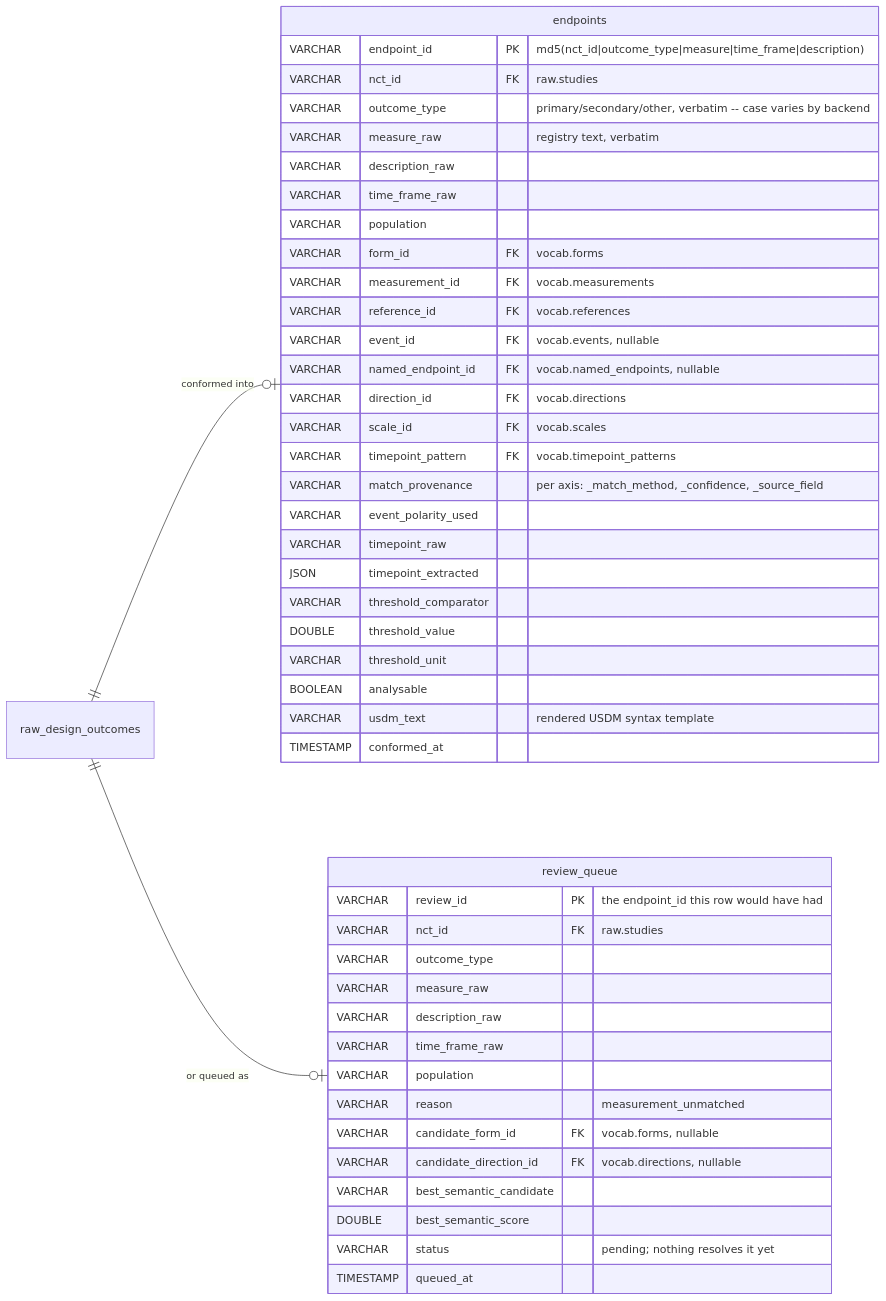
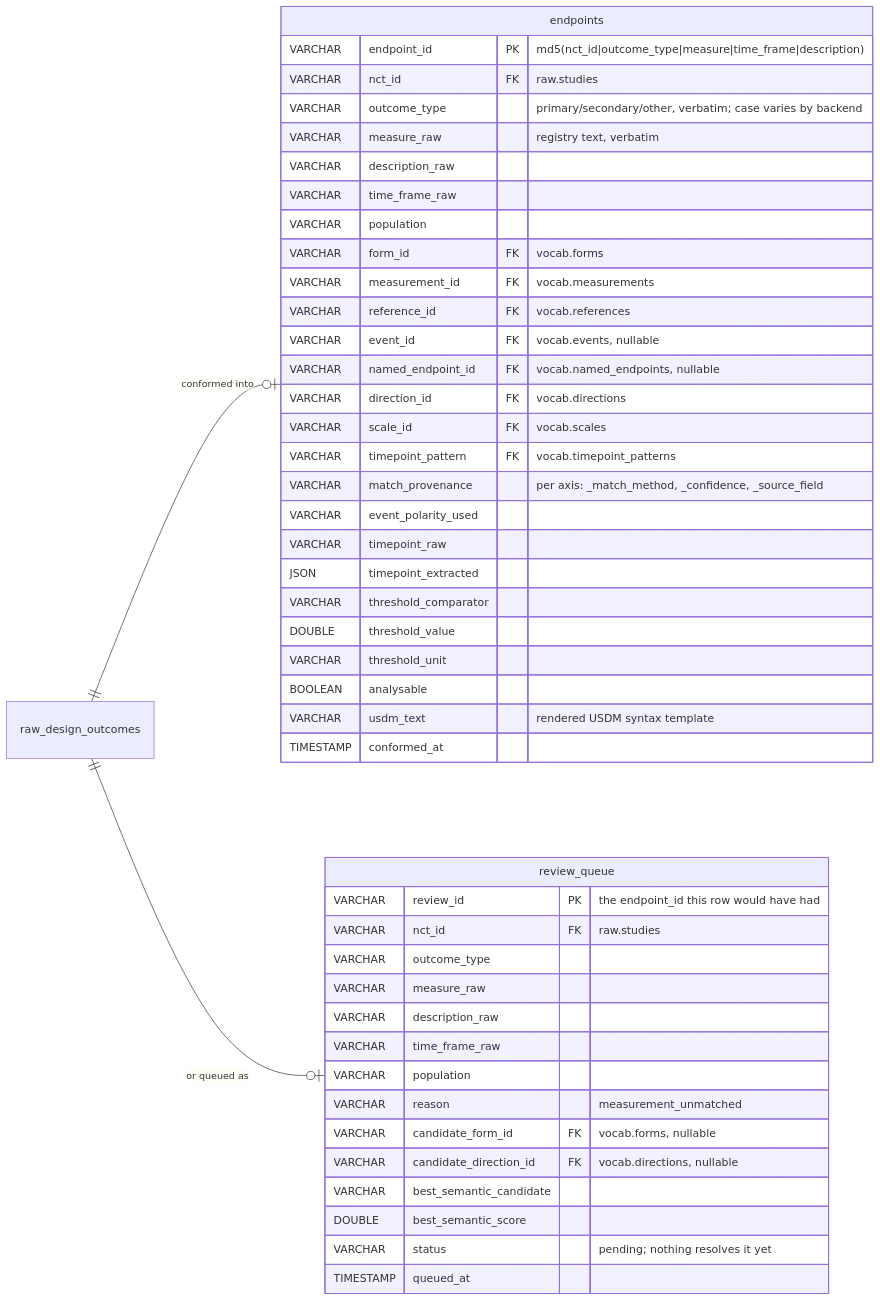
The second of 6 diagrams in docs/CONFORMED_ERD.md (cashew-nut/clinical-study-endpoint-knowledge-base), drawn with Mermaid before and after one commit. The commit also changed other lines of this file and 71 other files, not shown here.

````diff
--- a/docs/CONFORMED_ERD.md
+++ b/docs/CONFORMED_ERD.md
@@ -88,52 +89,52 @@
 ```mermaid
 erDiagram
     direction LR
 
     raw_design_outcomes ||--o| endpoints    : "conformed into"
     raw_design_outcomes ||--o| review_queue : "or queued as"
 
     endpoints {
         VARCHAR   endpoint_id        PK "md5(nct_id|outcome_type|measure|time_frame|description)"
         VARCHAR   nct_id             FK "raw.studies"
-        VARCHAR   outcome_type          "primary/secondary/other, verbatim -- case varies by backend"
+        VARCHAR   outcome_type          "primary/secondary/other, verbatim; case varies by backend"
         VARCHAR   measure_raw           "registry text, verbatim"
         VARCHAR   description_raw
         VARCHAR   time_frame_raw
         VARCHAR   population
         VARCHAR   form_id            FK "vocab.forms"
         VARCHAR   measurement_id     FK "vocab.measurements"
         VARCHAR   reference_id       FK "vocab.references"
         VARCHAR   event_id           FK "vocab.events, nullable"
         VARCHAR   named_endpoint_id  FK "vocab.named_endpoints, nullable"
         VARCHAR   direction_id       FK "vocab.directions"
         VARCHAR   scale_id           FK "vocab.scales"
         VARCHAR   timepoint_pattern  FK "vocab.timepoint_patterns"
         VARCHAR   match_provenance      "per axis: _match_method, _confidence, _source_field"
         VARCHAR   event_polarity_used
         VARCHAR   timepoint_raw
         JSON      timepoint_extracted
         VARCHAR   threshold_comparator
         DOUBLE    threshold_value
         VARCHAR   threshold_unit
         BOOLEAN   analysable
         VARCHAR   usdm_text             "rendered USDM syntax template"
         TIMESTAMP conformed_at
     }
 
     review_queue {
         VARCHAR   review_id              PK "the endpoint_id this row would have had"
         VARCHAR   nct_id                 FK "raw.studies"
         VARCHAR   outcome_type
         VARCHAR   measure_raw
         VARCHAR   description_raw
         VARCHAR   time_frame_raw
         VARCHAR   population
         VARCHAR   reason                    "measurement_unmatched"
         VARCHAR   candidate_form_id      FK "vocab.forms, nullable"
         VARCHAR   candidate_direction_id FK "vocab.directions, nullable"
         VARCHAR   best_semantic_candidate
         DOUBLE    best_semantic_score
         VARCHAR   status                    "pending; nothing resolves it yet"
         TIMESTAMP queued_at
     }
 ```
````
